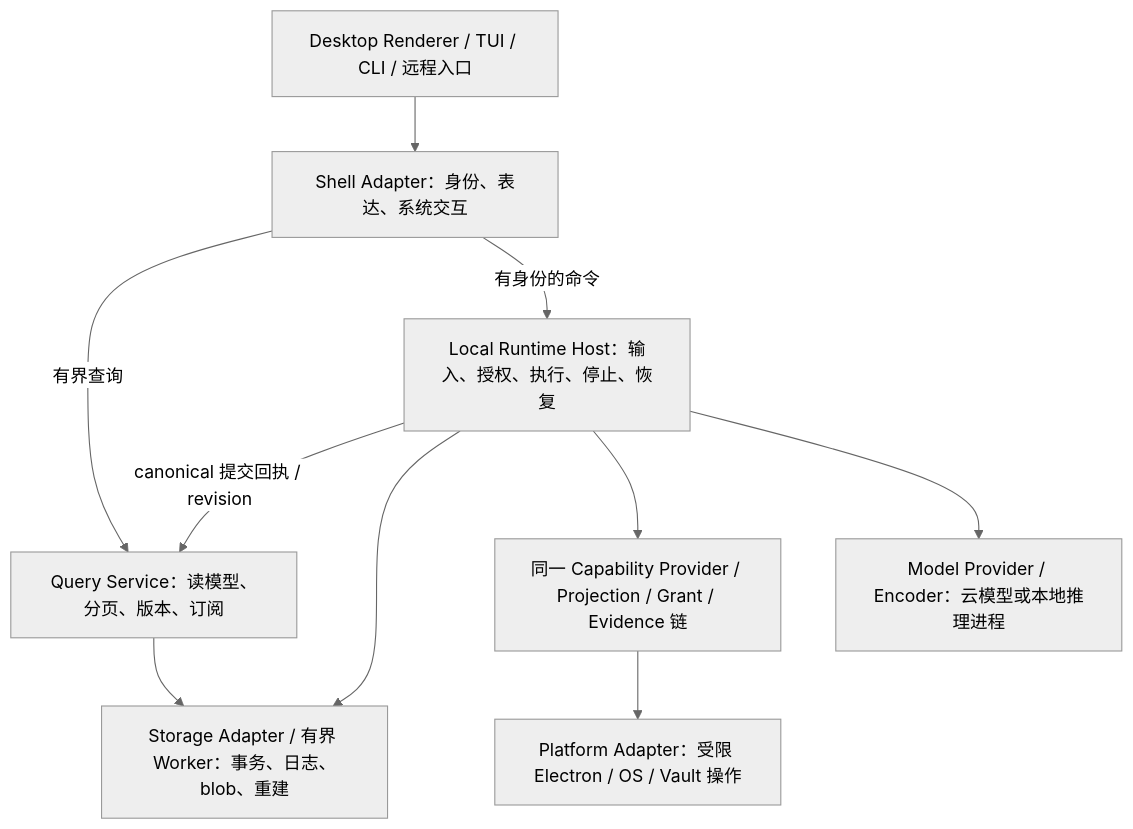
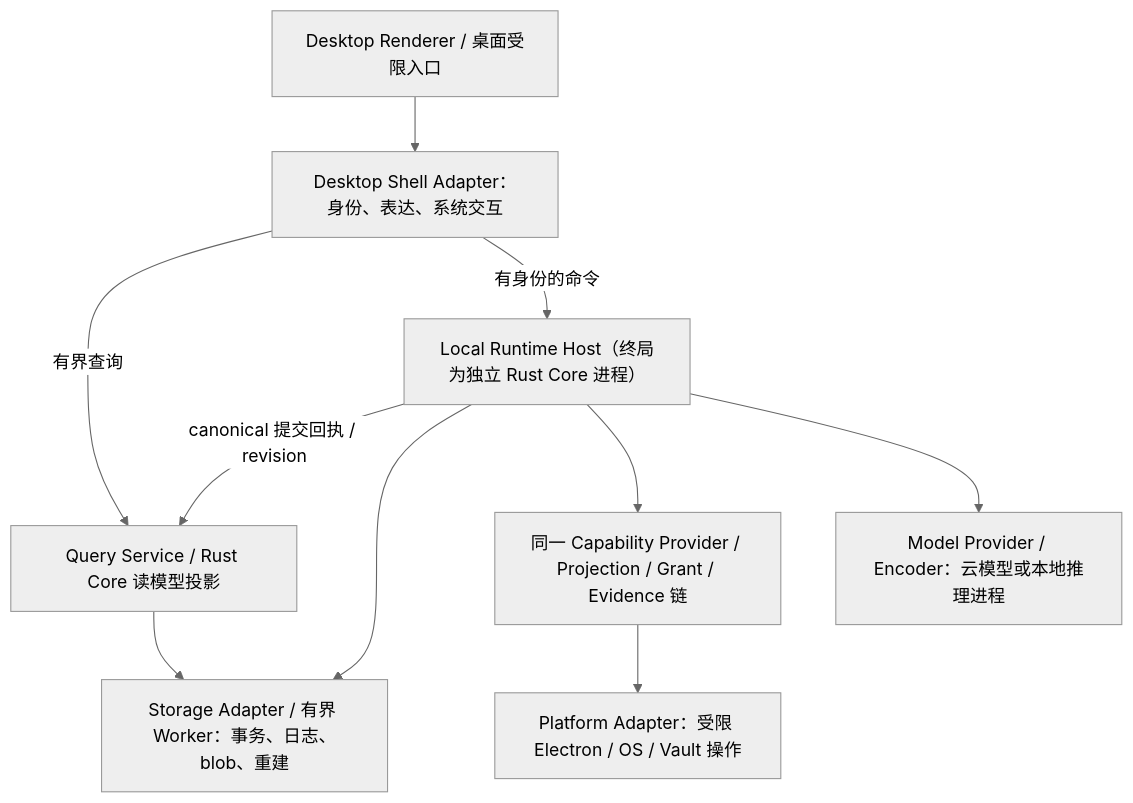
Before and after one commit to ly-ccx/Peer-Knowledge: the diagram in knowledge/decisions/128-local-runtime-isolation-and-bounded-query-contract.md, drawn with Mermaid (neutral theme). The commit also changed other lines of this file and 10 other files, not shown here.

Commit message:
docs(adr128): scope runtime isolation to Desktop-only and Rust Core boundary (ADR 133)

````diff
--- a/knowledge/decisions/128-local-runtime-isolation-and-bounded-query-contract.md
+++ b/knowledge/decisions/128-local-runtime-isolation-and-bounded-query-contract.md
@@ -47,12 +52,12 @@
 ```mermaid
 flowchart TB
-  UI[Desktop Renderer / TUI / CLI / 远程入口] --> SHELL[Shell Adapter：身份、表达、系统交互]
-  SHELL -->|有界查询| Q[Query Service：读模型、分页、版本、订阅]
-  SHELL -->|有身份的命令| R[Local Runtime Host：输入、授权、执行、停止、恢复]
+  UI[Desktop Renderer / 桌面受限入口] --> SHELL[Desktop Shell Adapter：身份、表达、系统交互]
+  SHELL -->|有界查询| Q[Query Service / Rust Core 读模型投影]
+  SHELL -->|有身份的命令| R[Local Runtime Host（终局为独立 Rust Core 进程）]
   R -->|canonical 提交回执 / revision| Q
   R --> S[Storage Adapter / 有界 Worker：事务、日志、blob、重建]
   Q --> S
   R --> C[同一 Capability Provider / Projection / Grant / Evidence 链]
   C --> OS[Platform Adapter：受限 Electron / OS / Vault 操作]
   R --> M[Model Provider / Encoder：云模型或本地推理进程]
 ```
````
